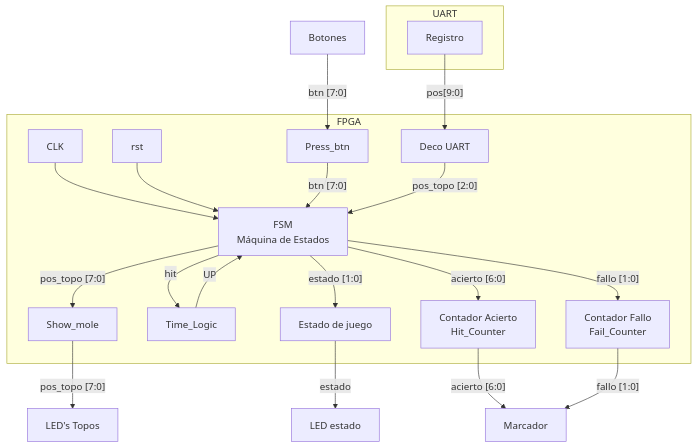
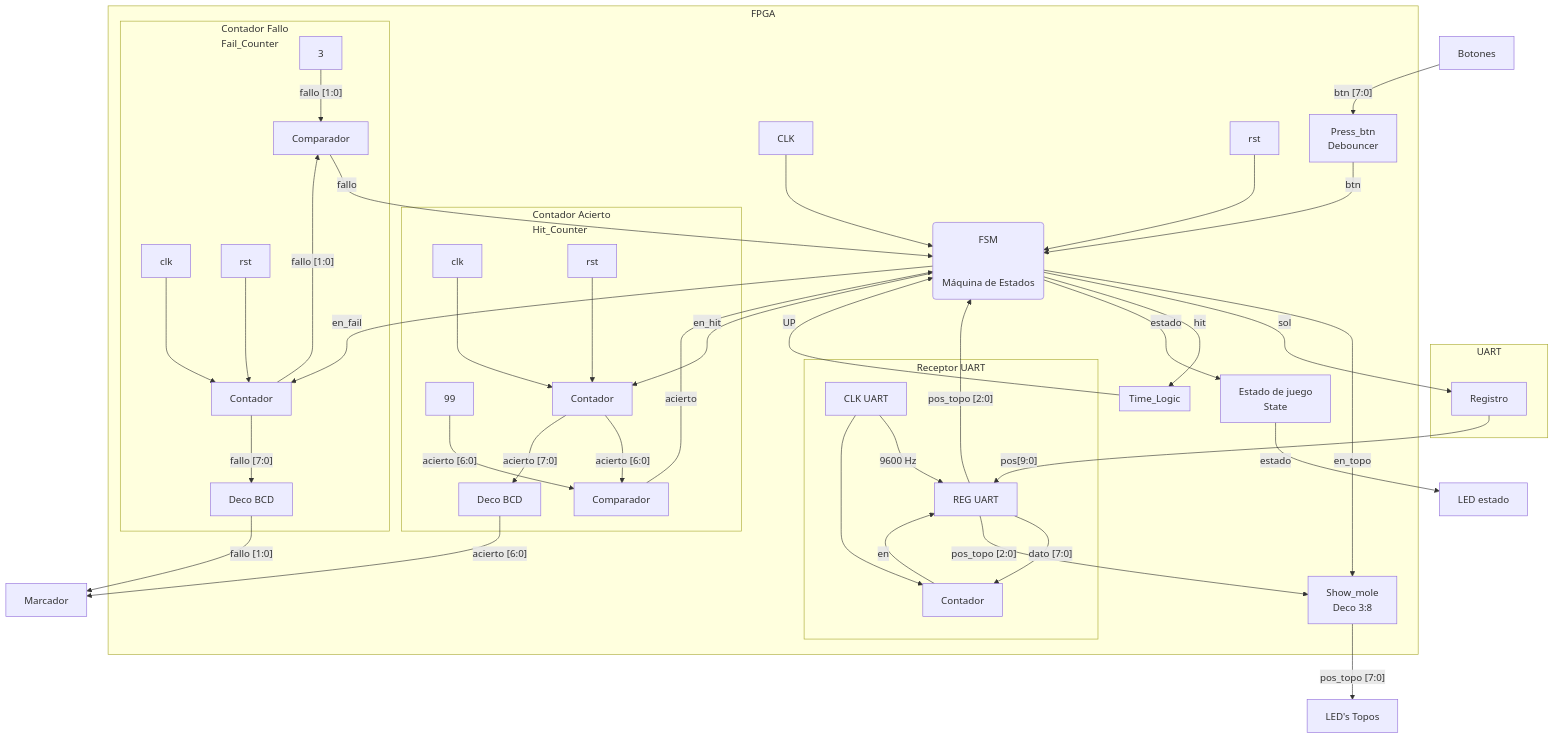
One commit to Taller-de-diseno-digital-GR01/Proyecto-1-Whack-a-mole changed the diagram in Diagramas/diagrama_FPGA.mermaid. Above: the diagram before and after it, drawn with Mermaid. The commit also changed 2 other files, not shown here.

Commit message:
Correciones de Diagrama y Descripción de de 3er nivel

```diff
--- a/Diagramas/diagrama_FPGA.mermaid
+++ b/Diagramas/diagrama_FPGA.mermaid
@@ -1,43 +1,90 @@
 flowchart TD
 
     subgraph UART["UART"]
         REG["Registro"]
     end
 
     subgraph FPGA["FPGA"]
 
-        TOPO["Show_mole"]
-        PRESS["Press_btn"]
+        TOPO["Show_mole <br/>Deco 3:8"]
+        PRESS["Press_btn<br/>Debouncer"]
         TIME["Time_Logic"]
-        DECO["Deco UART"]
-        FSM["FSM<br/>Máquina de Estados"]
-        STATE["Estado de juego"]
-        CA["Contador Acierto"<br/>Hit_Counter]
-        C_F["Contador Fallo"<br/>Fail_Counter]
-  
+        FSM("FSM<br/><br/><br/>Máquina de Estados")
+        STATE["Estado de juego<br/>State"]
+        
+
+            subgraph TIME["Time_Logic"]
+
+            end
+        
+            subgraph CA["Contador Acierto"<br/>Hit_Counter]
+                DECO_BSD["Deco BCD"]
+                comp["Comparador"]
+                cnt["Contador"]
+
+
+                clk1["clk"] --> cnt
+                RST["rst"] --> cnt
+                cnt --> |"acierto [6:0]"| comp
+                99 --> |"acierto [6:0]"| comp
+                cnt --> |"acierto [7:0]"| DECO_BSD
+                
+            end
+        
+            subgraph C_F["Contador Fallo"<br/>Fail_Counter]
+                DE_BSD["Deco BCD"]
+                comp2["Comparador"]
+                CONT["Contador"]
+
+                clk2["clk"] --> CONT
+                rst2["rst"] --> CONT
+                CONT --> |"fallo [1:0]"| comp2
+                3 --> |"fallo [1:0]"| comp2
+                CONT --> |"fallo [7:0]"| DE_BSD
+
+            end
+
+            subgraph UART_R["Receptor UART"]
+                CON_U["Contador"]
+                REG_U["REG UART"]
+                CLK_U["CLK UART"]
+
+                CLK_U -->|"9600 Hz"| REG_U
+                CLK_U --> CON_U
+                REG_U -->|"dato [7:0]"| CON_U
+                CON_U -->|"en"| REG_U
+
+            end
+        
 
         CLK--> FSM
         rst--> FSM
-        FSM -->|"pos_topo [7:0]"| TOPO
-        PRESS -->|"btn [7:0]"| FSM
+        FSM -->|"en_topo"| TOPO
+        FSM -->|"sol"| REG
+        PRESS -->|"btn"| FSM
         FSM -->|"hit"| TIME
-        FSM -->|"estado [1:0]"| STATE
-        FSM -->|"acierto [6:0]"| CA
-        FSM -->|"fallo [1:0]"| C_F
-        DECO -->|"pos_topo [2:0]"| FSM  
+        FSM -->|"estado"| STATE
+        FSM -->|"en_fail"| CONT
+        FSM -->|"en_hit"| cnt
+        comp --> |"acierto"| FSM
+        comp2 --> |"fallo"| FSM
+        REG_U -->|"pos_topo [2:0]"| FSM  
+        REG_U -->|"pos_topo [2:0]"| TOPO
         TIME -->|"UP"| FSM
 
     end
-    REG -->|"pos[9:0]"| DECO
+
+    REG -->|"pos[9:0]"| REG_U
+
     BTN["Botones"]
+    BTN -->|"btn [7:0]"| PRESS
 
-    
     LED8["LED's Topos"]
     LED["LED estado"]
     MARK["Marcador"]
     
     TOPO -->|"pos_topo [7:0]"| LED8
     STATE -->|"estado"| LED
-    CA -->|"acierto [6:0]"| MARK
-    C_F -->|"fallo [1:0]"| MARK
-    BTN -->|"btn [7:0]"| PRESS
+
+    DECO_BSD -->|"acierto [6:0]"| MARK
+    DE_BSD -->|"fallo [1:0]"| MARK
```
